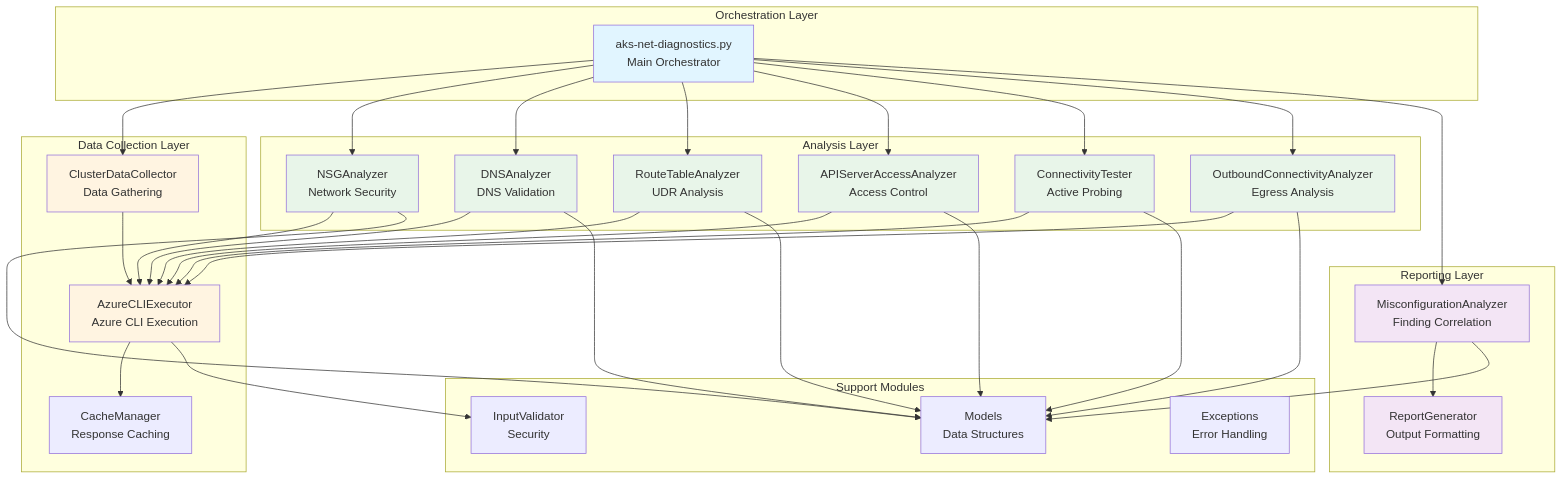
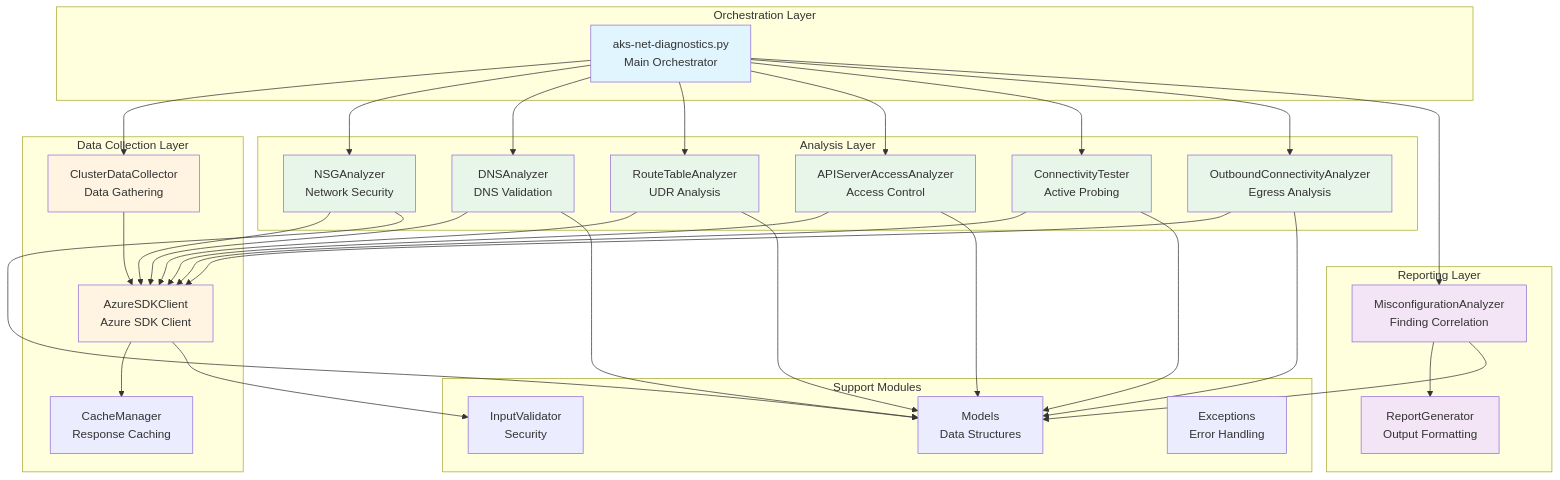
Before and after one commit to sturrent/aks-net-diagnostics: the first of 5 diagrams in ARCHITECTURE.md, drawn with Mermaid. The commit also changed other lines of this file, not shown here.

First line of the commit message:
docs: Update ARCHITECTURE.md to reflect Azure SDK implementation

````diff
--- a/ARCHITECTURE.md
+++ b/ARCHITECTURE.md
@@ -20,57 +20,57 @@
 ```mermaid
 graph TB
     subgraph "Orchestration Layer"
         Main[aks-net-diagnostics.py<br/>Main Orchestrator]
     end
     
     subgraph "Data Collection Layer"
         CDC[ClusterDataCollector<br/>Data Gathering]
-        AzCLI[AzureCLIExecutor<br/>Azure CLI Execution]
+        AzSDK[AzureSDKClient<br/>Azure SDK Client]
         Cache[CacheManager<br/>Response Caching]
     end
     
     subgraph "Analysis Layer"
         NSG[NSGAnalyzer<br/>Network Security]
         DNS[DNSAnalyzer<br/>DNS Validation]
         RT[RouteTableAnalyzer<br/>UDR Analysis]
         API[APIServerAccessAnalyzer<br/>Access Control]
         CT[ConnectivityTester<br/>Active Probing]
         OB[OutboundConnectivityAnalyzer<br/>Egress Analysis]
     end
     
     subgraph "Reporting Layer"
         MA[MisconfigurationAnalyzer<br/>Finding Correlation]
         RG[ReportGenerator<br/>Output Formatting]
     end
     
     subgraph "Support Modules"
         Val[InputValidator<br/>Security]
         Mod[Models<br/>Data Structures]
         Exc[Exceptions<br/>Error Handling]
     end
     
     Main --> CDC
     Main --> NSG & DNS & RT & API & CT & OB
     Main --> MA --> RG
     
-    CDC --> AzCLI
-    NSG & DNS & RT & API & CT & OB --> AzCLI
+    CDC --> AzSDK
+    NSG & DNS & RT & API & CT & OB --> AzSDK
     
-    AzCLI --> Cache
-    AzCLI --> Val
+    AzSDK --> Cache
+    AzSDK --> Val
     
     NSG & DNS & RT & API & CT & OB --> Mod
     MA --> Mod
     
     style Main fill:#e1f5ff
     style CDC fill:#fff4e1
-    style AzCLI fill:#fff4e1
+    style AzSDK fill:#fff4e1
     style NSG fill:#e8f5e9
     style DNS fill:#e8f5e9
     style RT fill:#e8f5e9
     style API fill:#e8f5e9
     style CT fill:#e8f5e9
     style OB fill:#e8f5e9
     style MA fill:#f3e5f5
     style RG fill:#f3e5f5
 ```
````
